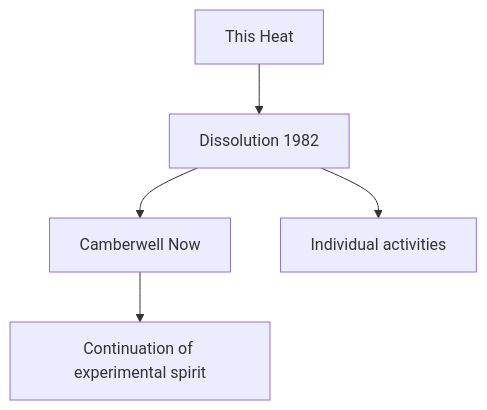
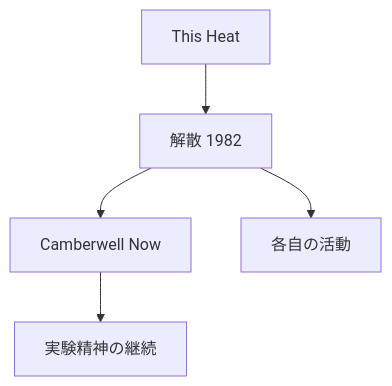
The seventh of 10 diagrams in en/_posts/2026-05-16-column-this-heat.md (monumental-movement/monumental-movement.github.io), drawn with Mermaid before and after one commit. The commit also changed other lines of this file and 2196 other files, not shown here.

```diff
--- a/en/_posts/2026-05-16-column-this-heat.md
+++ b/en/_posts/2026-05-16-column-this-heat.md
@@ -267,7 +267,7 @@
 <div class="mermaid">
 flowchart TD
-A["This Heat"] --> B["Dissolution 1982"]
+A["This Heat"] --> B["解散 1982"]
 B --> C["Camberwell Now"]
-B --> D["Individual activities"]
-C --> E["Continuation of experimental spirit"]
+B --> D["各自の活動"]
+C --> E["実験精神の継続"]
 </div>
```
